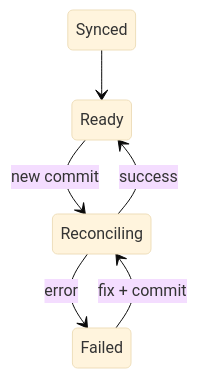
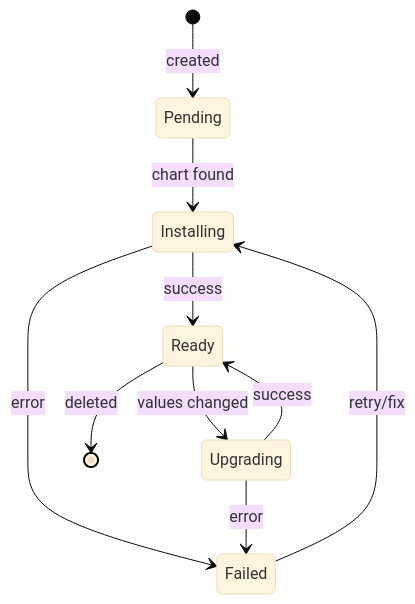
Before and after one commit to gavinmcfall/home-ops: the first of 2 diagrams in docs/ai-context/DOMAIN.md, drawn with Mermaid (base theme). The commit also changed other lines of this file and 24 other files, not shown here.

````diff
--- a/docs/ai-context/DOMAIN.md
+++ b/docs/ai-context/DOMAIN.md
@@ -52,8 +52,18 @@
 ```mermaid
 stateDiagram-v2
-    Synced --> Ready
-    Ready --> Reconciling : new commit
-    Reconciling --> Ready : success
-    Reconciling --> Failed : error
-    Failed --> Reconciling : fix + commit
+    [*] --> Pending: created
+
+    Pending --> Installing: chart found
+    Installing --> Ready: success
+    Installing --> Failed: error
+
+    Ready --> Upgrading: values changed
+    Upgrading --> Ready: success
+    Upgrading --> Failed: error
+
+    Failed --> Installing: retry/fix
+    Ready --> [*]: deleted
+
+    %% MEANING: HelmRelease states from creation to running
+    %% KEY INSIGHT: Failed state triggers retry up to 3 times before giving up
 ```
````
